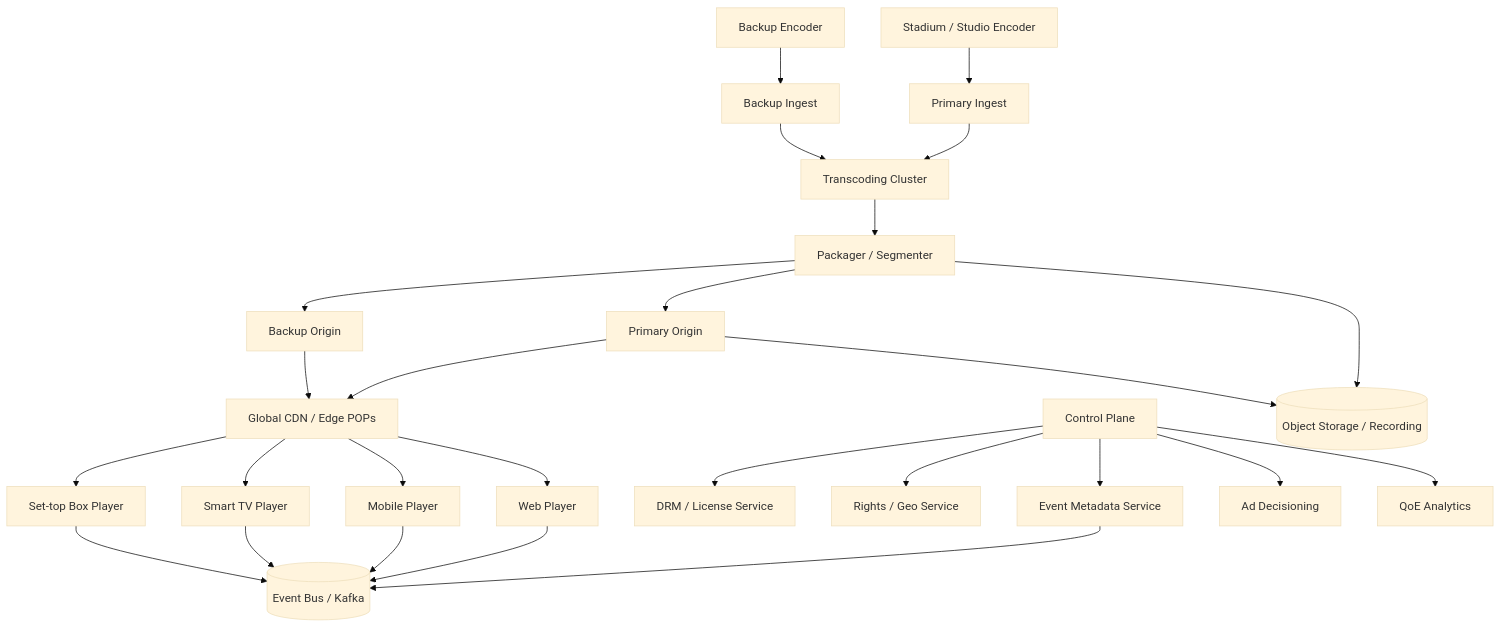
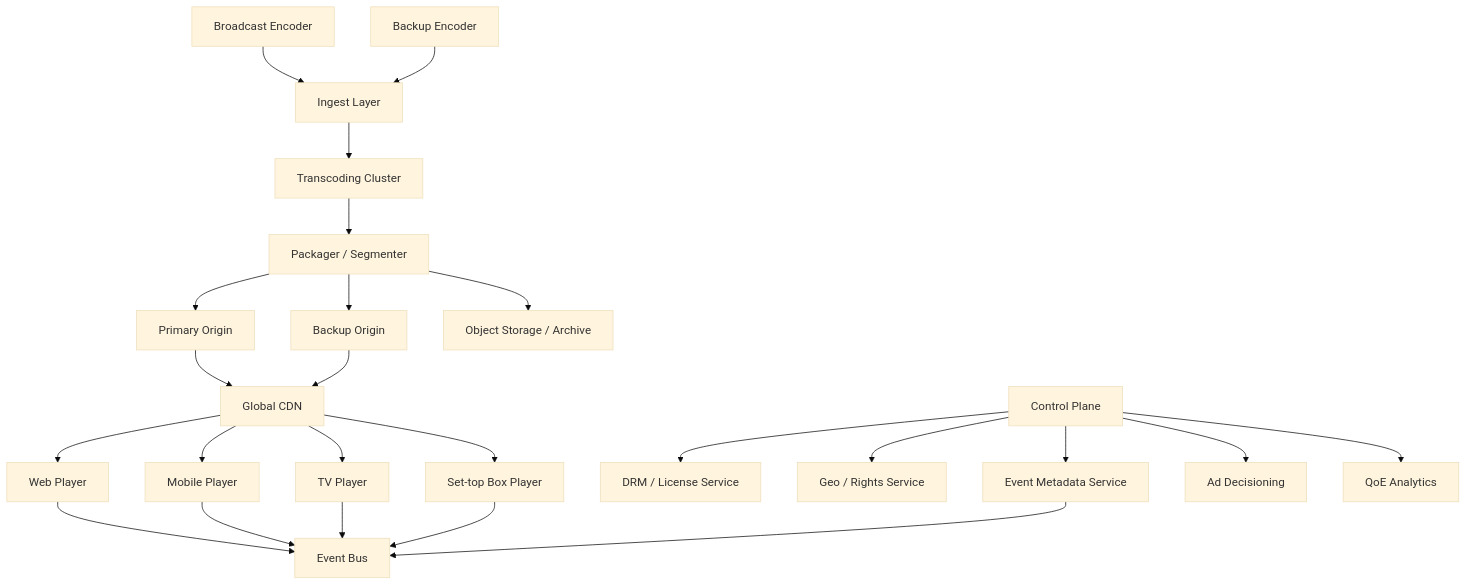
Before and after one commit to gojosatoru123-ux/CacheU: diagram 11 of 11 in src/content/design-a-live-streaming-service.md, drawn with Mermaid (base theme). The commit also changed other lines of this file and 17 other files, not shown here.

````diff
--- a/src/content/design-a-live-streaming-service.md
+++ b/src/content/design-a-live-streaming-service.md
@@ -1146,57 +1007,54 @@
 ```mermaid
 flowchart TB
-    Broadcaster[Stadium / Studio Encoder]
-    BackupBroadcaster[Backup Encoder]
+    Broadcaster[Broadcast Encoder]
+    Backup[Backup Encoder]
 
-    Ingest1[Primary Ingest]
-    Ingest2[Backup Ingest]
+    Ingest[Ingest Layer]
     Transcode[Transcoding Cluster]
     Packager[Packager / Segmenter]
     Origin1[Primary Origin]
     Origin2[Backup Origin]
-    CDN[Global CDN / Edge POPs]
+    CDN[Global CDN]
 
-    Player1[Web Player]
-    Player2[Mobile Player]
-    Player3[Smart TV Player]
-    Player4[Set-top Box Player]
+    PlayerWeb[Web Player]
+    PlayerMobile[Mobile Player]
+    PlayerTV[TV Player]
+    PlayerSTB[Set-top Box Player]
 
-    ControlPlane[Control Plane]
+    Control[Control Plane]
     DRM[DRM / License Service]
-    Rights[Rights / Geo Service]
+    Rights[Geo / Rights Service]
     Meta[Event Metadata Service]
     Ads[Ad Decisioning]
     Analytics[QoE Analytics]
-    StreamBus[(Event Bus / Kafka)]
-    Archive[(Object Storage / Recording)]
+    Bus[Event Bus]
+    Archive[Object Storage / Archive]
 
-    Broadcaster --> Ingest1
-    BackupBroadcaster --> Ingest2
-    Ingest1 --> Transcode
-    Ingest2 --> Transcode
+    Broadcaster --> Ingest
+    Backup --> Ingest
+    Ingest --> Transcode
     Transcode --> Packager
     Packager --> Origin1
     Packager --> Origin2
     Origin1 --> CDN
     Origin2 --> CDN
 
-    CDN --> Player1
-    CDN --> Player2
-    CDN --> Player3
-    CDN --> Player4
+    CDN --> PlayerWeb
+    CDN --> PlayerMobile
+    CDN --> PlayerTV
+    CDN --> PlayerSTB
 
-    ControlPlane --> DRM
-    ControlPlane --> Rights
-    ControlPlane --> Meta
-    ControlPlane --> Ads
-    ControlPlane --> Analytics
+    Control --> DRM
+    Control --> Rights
+    Control --> Meta
+    Control --> Ads
+    Control --> Analytics
 
-    Meta --> StreamBus
-    Player1 --> StreamBus
-    Player2 --> StreamBus
-    Player3 --> StreamBus
-    Player4 --> StreamBus
+    Meta --> Bus
+    PlayerWeb --> Bus
+    PlayerMobile --> Bus
+    PlayerTV --> Bus
+    PlayerSTB --> Bus
 
     Packager --> Archive
-    Origin1 --> Archive
 ```
````
